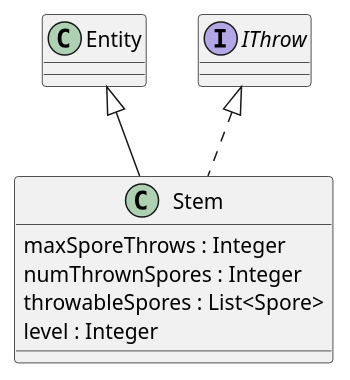
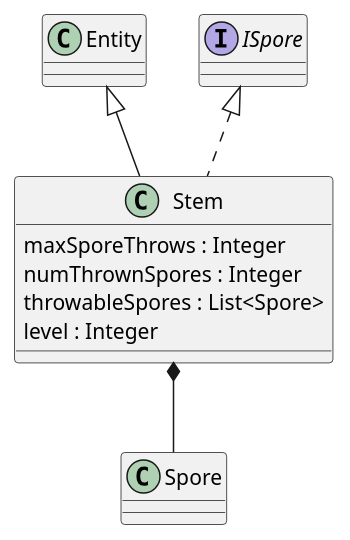
Before and after one commit to Petya-G/fungorium: the diagram in 4/classes/mushroom/stem.puml, drawn with PlantUML. The commit also changed 18 other files, not shown here.

```diff
--- a/4/classes/mushroom/stem.puml
+++ b/4/classes/mushroom/stem.puml
@@ -1,10 +1,11 @@
 @startuml stem
 
-class Stem extends Entity implements IThrow{
+Stem *-- Spore
+class Stem extends Entity implements ISpore{
     maxSporeThrows : Integer
     numThrownSpores : Integer
     throwableSpores : List<Spore>
     level : Integer
 }
 
 @enduml
```
